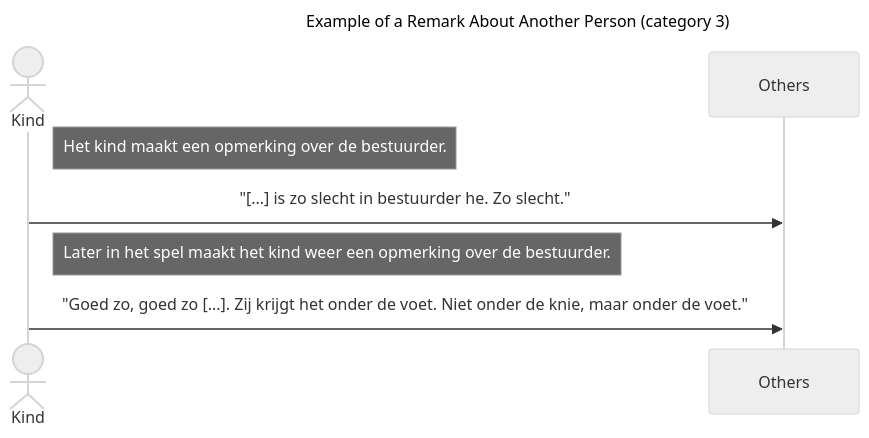
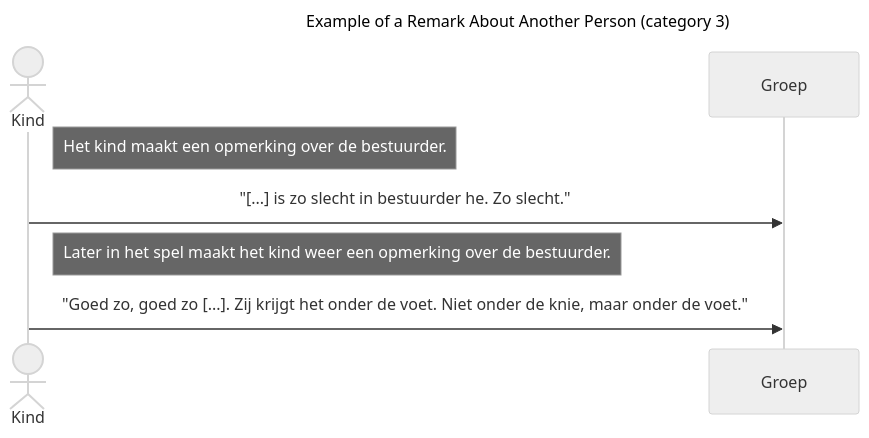
The third of 7 diagrams in Annotation-rules-refactor.md (Dionysi/AnnotationTool-Release), drawn with Mermaid (neutral theme) before and after one commit. The commit also changed other lines of this file, not shown here.

````diff
--- a/Annotation-rules-refactor.md
+++ b/Annotation-rules-refactor.md
@@ -70,10 +70,10 @@
     ```mermaid
     sequenceDiagram
         title Example of a Remark About Another Person (category 3) 
         actor Kind
         Note right of Kind: Het kind maakt een opmerking over de bestuurder.
-        Kind->>Others: "[...] is zo slecht in bestuurder he. Zo slecht."
+        Kind->>Groep: "[...] is zo slecht in bestuurder he. Zo slecht."
     
         Note right of Kind: Later in het spel maakt het kind weer een opmerking over de bestuurder.
-        Kind->>Others: "Goed zo, goed zo [...]. Zij krijgt het onder de voet. Niet onder de knie, maar onder de voet."
+        Kind->>Groep: "Goed zo, goed zo [...]. Zij krijgt het onder de voet. Niet onder de knie, maar onder de voet."
     ```
````
